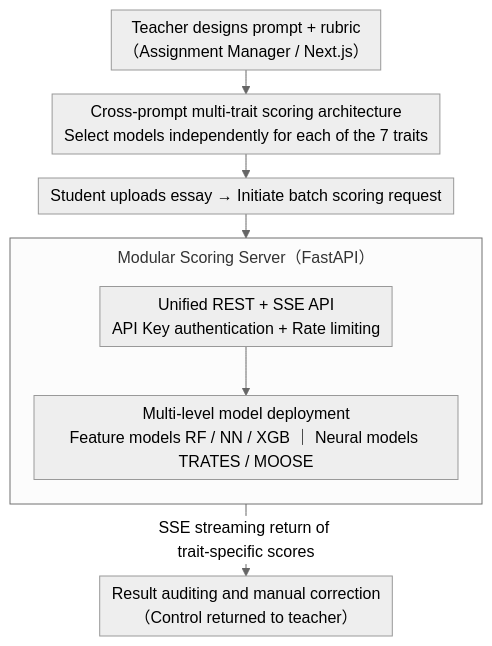
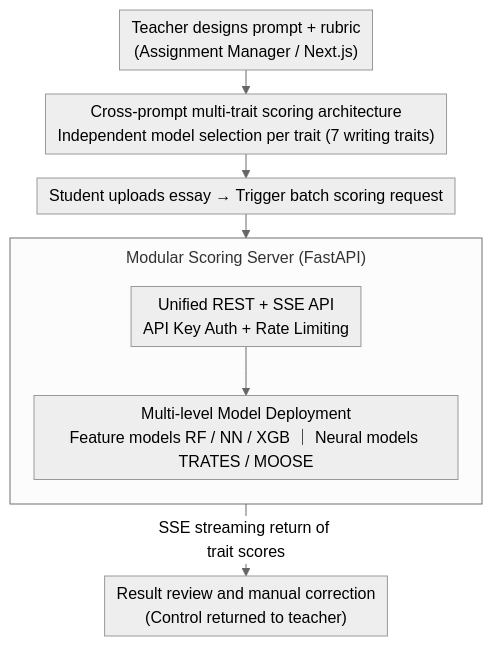
The diagram in docs/ACL2026/others/qayyem_a_real-time_platform_for_scoring_proficiency_of_arabic_essays.md (zhaoyang97/Paper-Notes-en), drawn with Mermaid (neutral theme) before and after one commit. The commit also changed other lines of this file and 5084 other files, not shown here.

````diff
--- a/docs/ACL2026/others/qayyem_a_real-time_platform_for_scoring_proficiency_of_arabic_essays.md
+++ b/docs/ACL2026/others/qayyem_a_real-time_platform_for_scoring_proficiency_of_arabic_essays.md
@@ -41,12 +41,12 @@
 ```mermaid
 %%{init: {'flowchart': {'rankSpacing': 24, 'nodeSpacing': 28, 'padding': 6, 'wrappingWidth': 400, 'subGraphTitleMargin': {'top': 8, 'bottom': 16}}}}%%
 flowchart TD
-    A["Teacher designs prompt + rubric<br/>（Assignment Manager / Next.js）"] --> B["Cross-prompt multi-trait scoring architecture<br/>Select models independently for each of the 7 traits"]
-    B --> C["Student uploads essay → Initiate batch scoring request"]
-    subgraph SS["Modular Scoring Server（FastAPI）"]
+    A["Teacher designs prompt + rubric<br/>(Assignment Manager / Next.js)"] --> B["Cross-prompt multi-trait scoring architecture<br/>Independent model selection per trait (7 writing traits)"]
+    B --> C["Student uploads essay → Trigger batch scoring request"]
+    subgraph SS["Modular Scoring Server (FastAPI)"]
         direction TB
-        D["Unified REST + SSE API<br/>API Key authentication + Rate limiting"] --> E["Multi-level model deployment<br/>Feature models RF / NN / XGB ｜ Neural models TRATES / MOOSE"]
+        D["Unified REST + SSE API<br/>API Key Auth + Rate Limiting"] --> E["Multi-level Model Deployment<br/>Feature models RF / NN / XGB ｜ Neural models TRATES / MOOSE"]
     end
     C --> SS
-    SS -->|SSE streaming return of trait-specific scores| F["Result auditing and manual correction<br/>（Control returned to teacher）"]
+    SS -->|SSE streaming return of trait scores| F["Result review and manual correction<br/>(Control returned to teacher)"]
 ```
````
